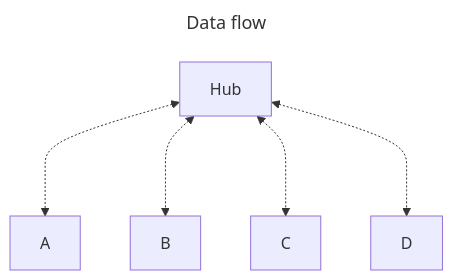
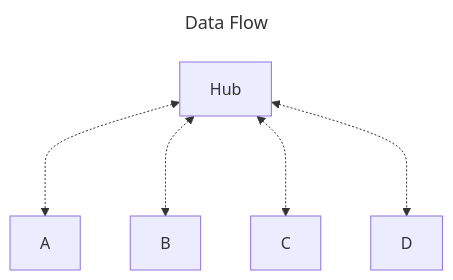
One commit to kixelated/moq-rs changed the first of 2 diagrams in dev/topologies/star/topo.md. Above: the diagram before and after it, drawn with Mermaid. The commit also changed 1 other file, not shown here.

Commit message:
Fix tiny typos

````diff
--- a/dev/topologies/star/topo.md
+++ b/dev/topologies/star/topo.md
@@ -3,10 +3,10 @@
 ```mermaid
 ---
-title: Data flow
+title: Data Flow
 ---
 flowchart TD
 	Hub <-..-> A
 	Hub <-..-> B
 	Hub <-..-> C
 	Hub <-..-> D
 ```
````
